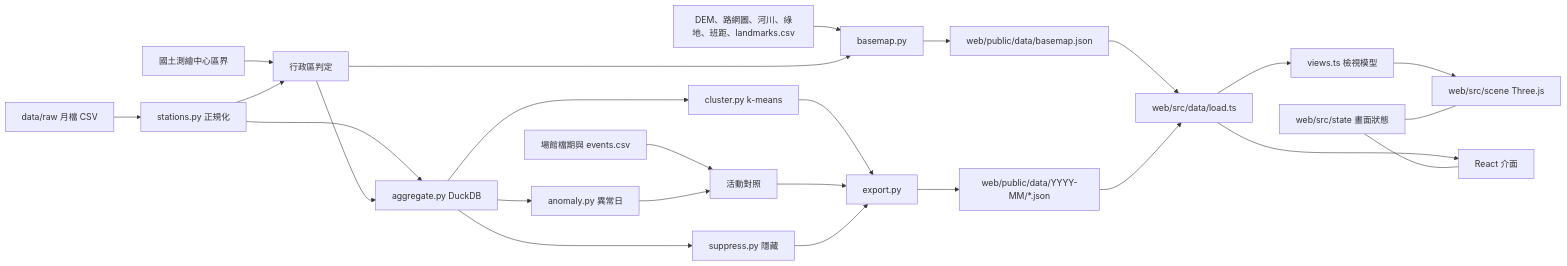
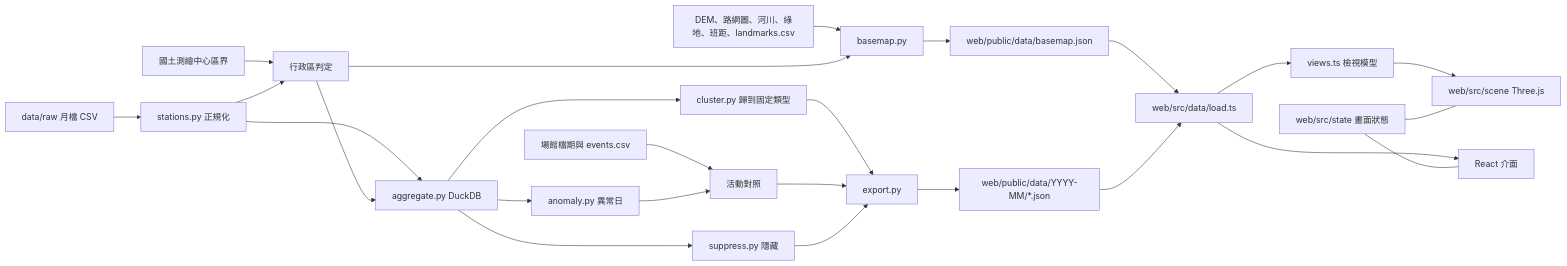
The diagram in _bmad-output/initiative-city-breath/architecture-city-breath-2026-10-26/architecture-city-breath-2026-10-26.md (Piwison/city-breath), drawn with Mermaid before and after one commit. The commit also changed other lines of this file and 39 other files, not shown here.

````diff
--- a/_bmad-output/initiative-city-breath/architecture-city-breath-2026-10-26/architecture-city-breath-2026-10-26.md
+++ b/_bmad-output/initiative-city-breath/architecture-city-breath-2026-10-26/architecture-city-breath-2026-10-26.md
@@ -24,27 +24,27 @@
 ```mermaid
 flowchart LR
   raw[data/raw 月檔 CSV] --> st[stations.py 正規化]
   geo[國土測繪中心區界] --> dist[行政區判定]
   ven[場館檔期與 events.csv] --> evt[活動對照]
   bm[DEM、路網圖、河川、綠地、班距、landmarks.csv] --> bmp[basemap.py]
   dist --> bmp
   bmp --> bmj[web/public/data/basemap.json]
   bmj --> load
   st --> dist
   st --> agg[aggregate.py DuckDB]
   dist --> agg
-  agg --> cl[cluster.py k-means]
+  agg --> cl[cluster.py 歸到固定類型]
   agg --> an[anomaly.py 異常日]
   an --> evt
   agg --> sup[suppress.py 隱藏]
   cl --> ex[export.py]
   evt --> ex
   sup --> ex
   ex --> pub[web/public/data/YYYY-MM/*.json]
   pub --> load[web/src/data/load.ts]
   load --> views[views.ts 檢視模型]
   views --> scene[web/src/scene Three.js]
   load --> ui[React 介面]
   state[web/src/state 畫面狀態] --- scene
   state --- ui
 ```
````
